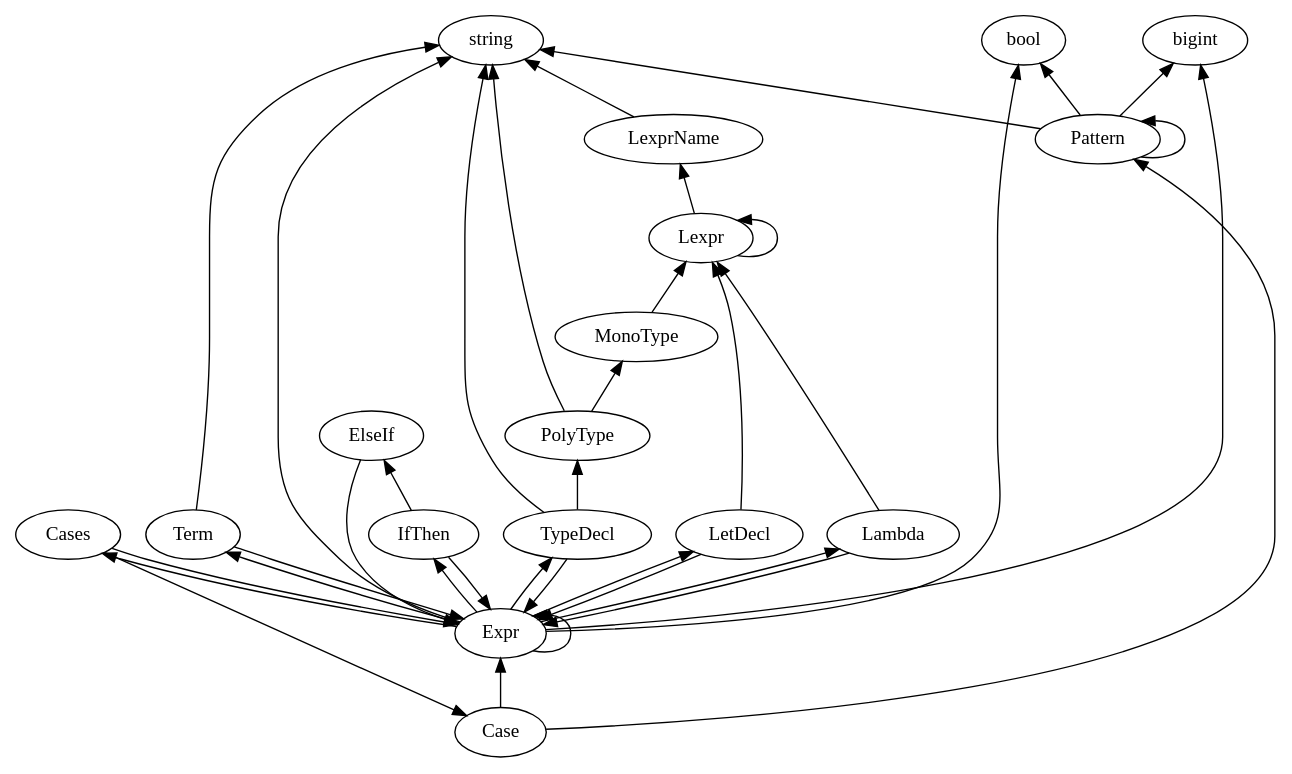
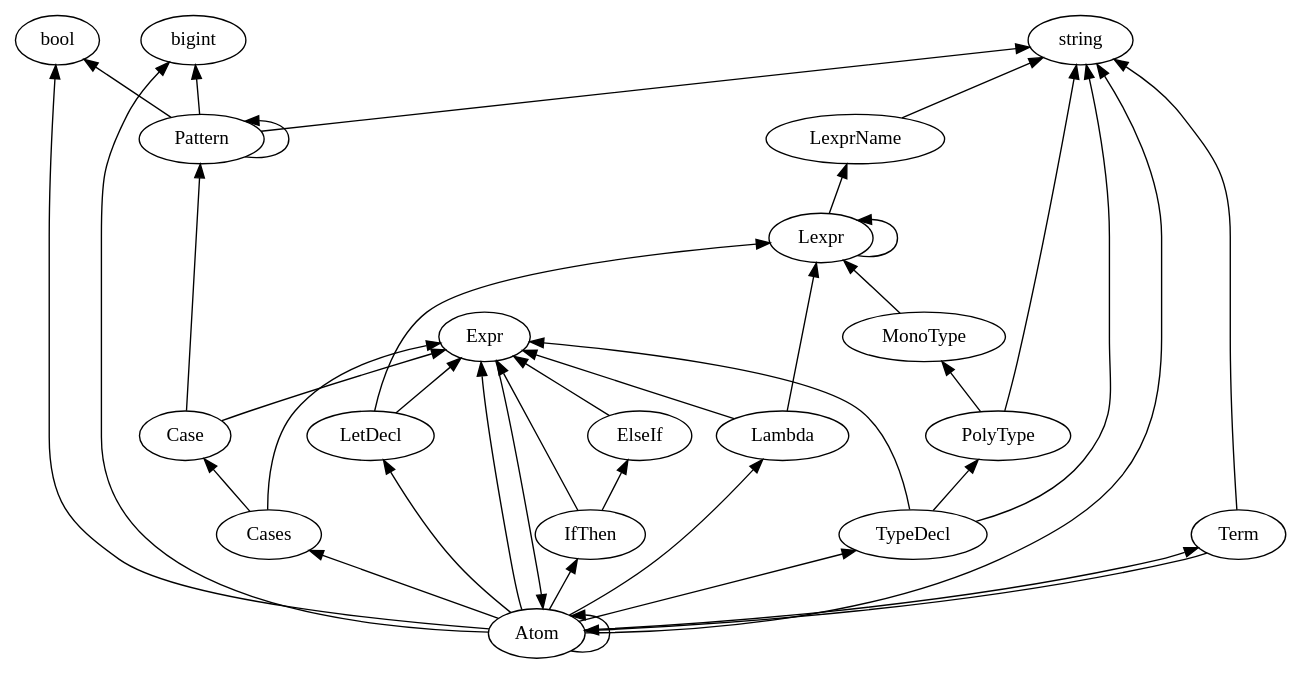
The diagram in generated/productions.dot (plutoscarab/Arafel), drawn with Graphviz before and after one commit. The commit also changed 8 other files, not shown here.

```diff
--- a/generated/productions.dot
+++ b/generated/productions.dot
@@ -1,40 +1,42 @@
 digraph G {
     rankdir="BT"
     { rank=same; bool; bigint; string; }
+    Atom -> Atom
+    Atom -> Expr
+    Atom -> bigint
+    Atom -> string
+    Atom -> bool
+    Atom -> Lambda
+    Atom -> Cases
+    Atom -> IfThen
+    Atom -> LetDecl
+    Atom -> TypeDecl
+    Atom -> Term
     Case -> Pattern
     Case -> Expr
     Cases -> Expr
     Cases -> Case
     ElseIf -> Expr
-    Expr -> Expr
-    Expr -> bigint
-    Expr -> string
-    Expr -> bool
-    Expr -> Lambda
-    Expr -> Cases
-    Expr -> IfThen
-    Expr -> LetDecl
-    Expr -> TypeDecl
-    Expr -> Term
+    Expr -> Atom
     IfThen -> Expr
     IfThen -> ElseIf
     Lambda -> Lexpr
     Lambda -> Expr
     LetDecl -> Lexpr
     LetDecl -> Expr
     Lexpr -> LexprName
     Lexpr -> Lexpr
     LexprName -> string
     MonoType -> Lexpr
     Pattern -> string
     Pattern -> Pattern
     Pattern -> bigint
     Pattern -> bool
     PolyType -> string
     PolyType -> MonoType
     Term -> string
-    Term -> Expr
+    Term -> Atom
     TypeDecl -> string
     TypeDecl -> PolyType
     TypeDecl -> Expr
 }
```
